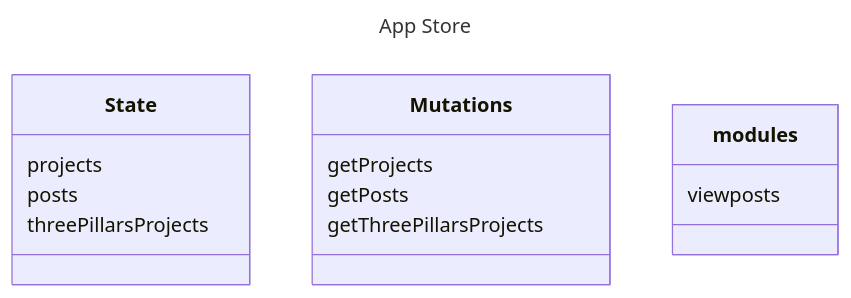
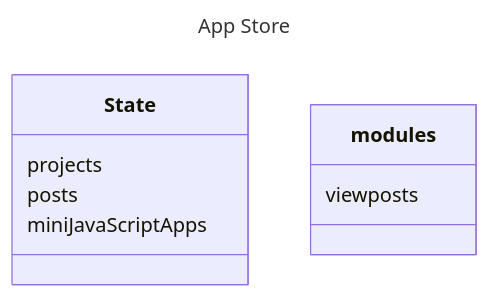
The first of 2 diagrams in README.md (f2xiao/site), drawn with Mermaid before and after one commit. The commit also changed 1 other file, not shown here.

````diff
--- a/README.md
+++ b/README.md
@@ -7,16 +7,12 @@
 ```mermaid
 ---
 title: App Store
 ---
 classDiagram
   class State
   State : projects
   State : posts
-  State : threePillarsProjects
-  class Mutations
-  Mutations : getProjects
-  Mutations : getPosts 
-  Mutations : getThreePillarsProjects
+  State : miniJavaScriptApps
   class modules
   modules: viewposts
 ```
````
